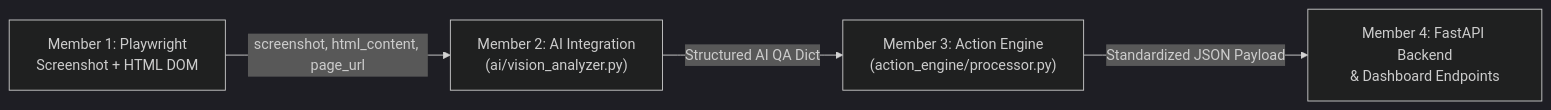
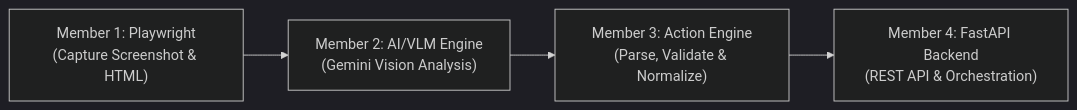
One commit to Charishmasree/OmniSight-1 changed the diagram in README.md. Above: the diagram before and after it, drawn with Mermaid (dark theme). The commit also changed other lines of this file and 14 other files, not shown here.

````diff
--- a/README.md
+++ b/README.md
@@ -372,6 +24,6 @@
 ```mermaid
 flowchart LR
-    M1["Member 1: Playwright<br>Screenshot + HTML DOM"] -->|screenshot, html_content, page_url| M2["Member 2: AI Integration<br>(ai/vision_analyzer.py)"]
-    M2 -->|Structured AI QA Dict| M3["Member 3: Action Engine<br>(action_engine/processor.py)"]
-    M3 -->|Standardized JSON Payload| M4["Member 4: FastAPI Backend<br>& Dashboard Endpoints"]
+    M1["Member 1: Playwright<br>(Capture Screenshot & HTML)"] --> M2["Member 2: AI/VLM Engine<br>(Gemini Vision Analysis)"]
+    M2 --> M3["Member 3: Action Engine<br>(Parse, Validate & Normalize)"]
+    M3 --> M4["Member 4: FastAPI Backend<br>(REST API & Orchestration)"]
 ```
````
